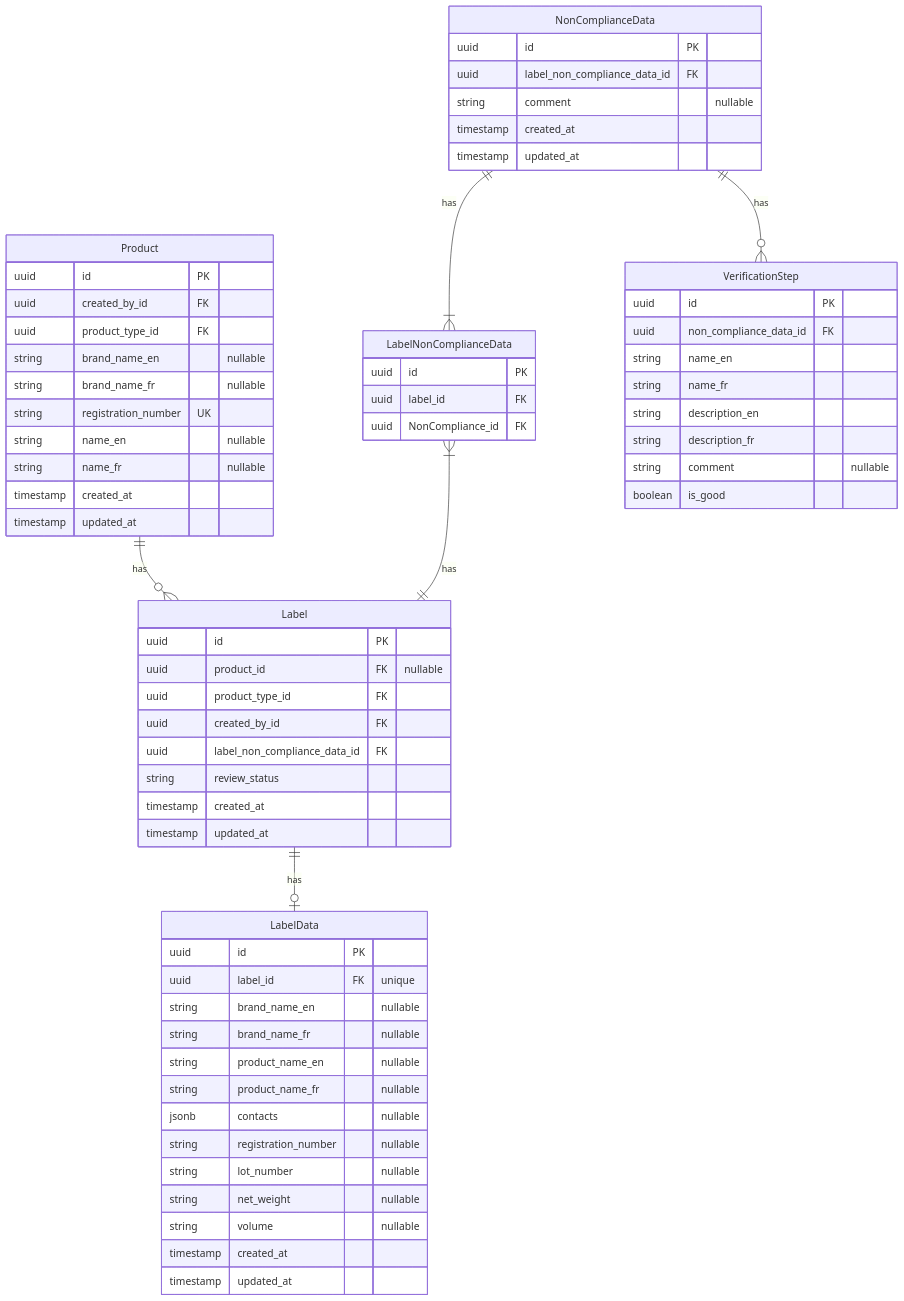
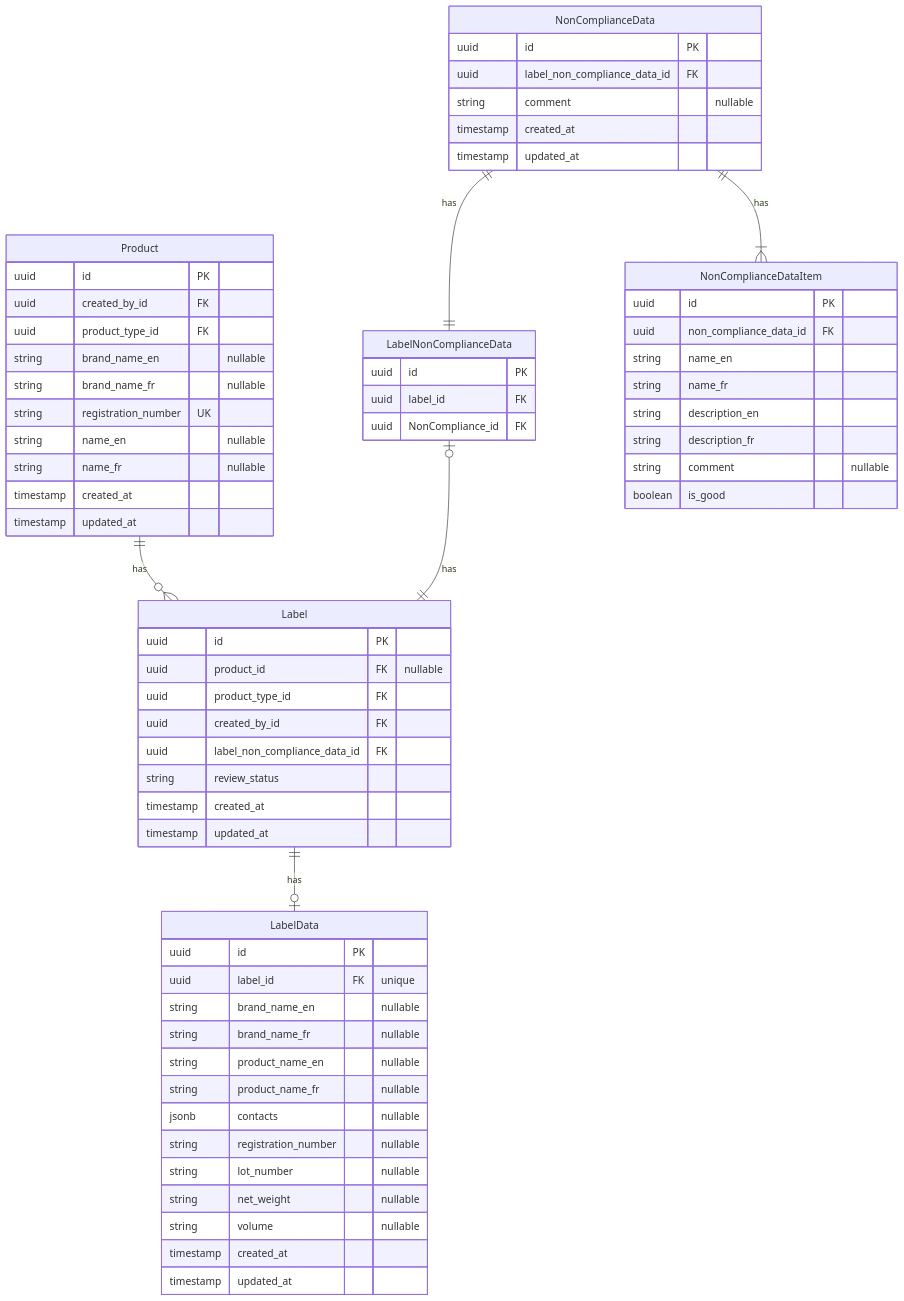
The second of 2 diagrams in docs/compliance/design.md (ai-cfia/fertiscan), drawn with Mermaid before and after one commit.

Commit message:
correction of connection and rename of a table for the erd design

````diff
--- a/docs/compliance/design.md
+++ b/docs/compliance/design.md
@@ -33,76 +33,76 @@
 ```mermaid
 erDiagram
 
     Label ||--o| LabelData : "has"
     Product ||--o{ Label : "has"
-    LabelNonComplianceData }|--|| Label:"has"
-    NonComplianceData ||--|{LabelNonComplianceData:"has"
-    NonComplianceData ||--o{VerificationStep:"has"
+    LabelNonComplianceData |o--|| Label:"has"
+    NonComplianceData ||--||LabelNonComplianceData:"has"
+    NonComplianceData ||--|{NonComplianceDataItem:"has"
 
 
-    VerificationStep{
+    NonComplianceDataItem{
         uuid id PK
         uuid non_compliance_data_id FK
         string name_en
         string name_fr
         string description_en
         string description_fr
         string comment "nullable"
         boolean is_good
 
     }
 
     NonComplianceData{
         uuid id PK
         uuid label_non_compliance_data_id FK
         string comment "nullable"
         timestamp created_at
         timestamp updated_at
     }
 
     LabelNonComplianceData{
         uuid id PK
         uuid label_id FK
         uuid NonCompliance_id FK
     }
 
     Product {
             uuid id PK
             uuid created_by_id FK
             uuid product_type_id FK
             string brand_name_en "nullable"
             string brand_name_fr "nullable"
             string registration_number UK
             string name_en "nullable"
             string name_fr "nullable"
             timestamp created_at
             timestamp updated_at
         }
 
     Label {
         uuid id PK
         uuid product_id FK "nullable"
         uuid product_type_id FK
         uuid created_by_id FK
         uuid label_non_compliance_data_id FK
         string review_status
         timestamp created_at
         timestamp updated_at
     }
 
     LabelData {
         uuid id PK
         uuid label_id FK "unique"
         string brand_name_en "nullable"
         string brand_name_fr "nullable"
         string product_name_en "nullable"
         string product_name_fr "nullable"
         jsonb contacts "nullable"
         string registration_number "nullable"
         string lot_number "nullable"
         string net_weight "nullable"
         string volume "nullable"
         timestamp created_at
         timestamp updated_at
     }
 ```
````
